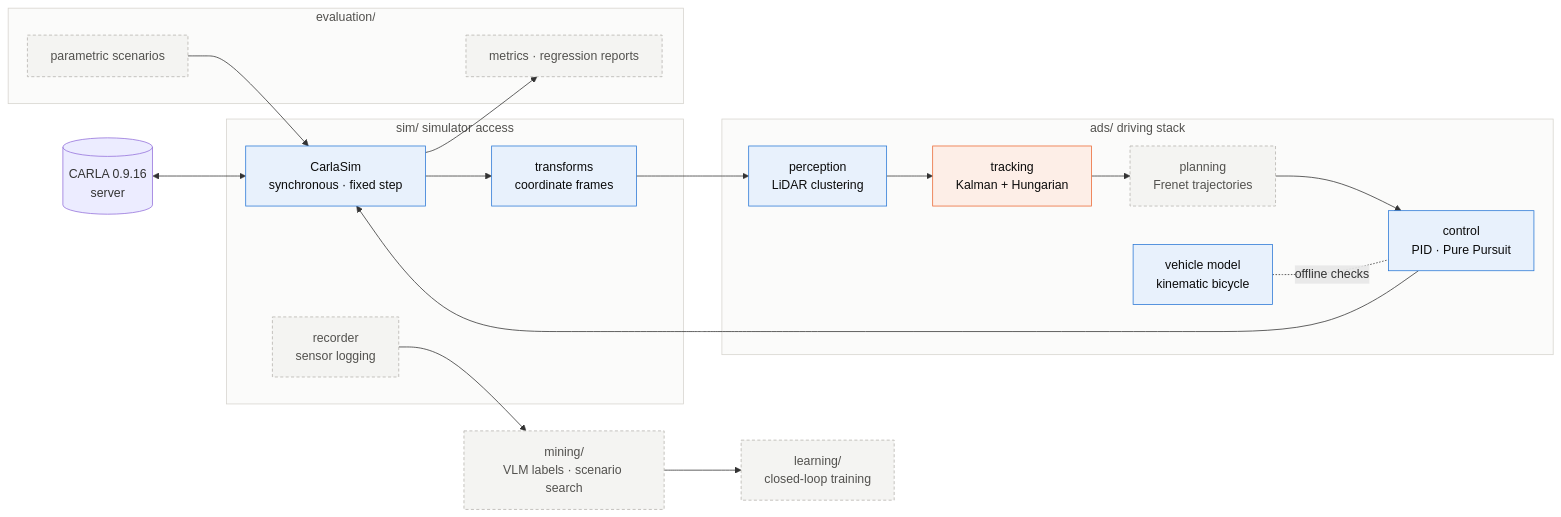
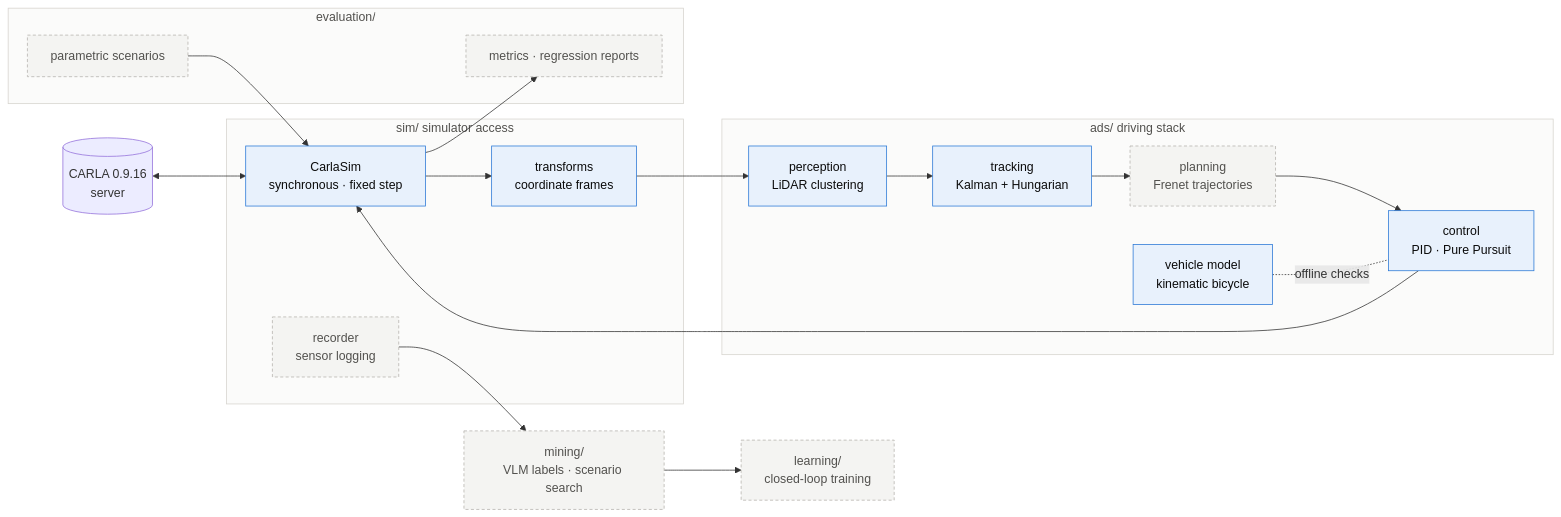
One commit to chasen2041maker/highway-sim-eval changed the diagram in README.md. Above: the diagram before and after it, drawn with Mermaid. The commit also changed other lines of this file and 1 other file, not shown here.

First line of the commit message:
README: tracking evaluation results (finding 8 now scored: max_misses 10 vs 3 -> ID switches 0 / 1, missed 0 / 2, false tracks 11 / 4, speed error 0.33 / 0.44 m/s), at a glance (tracking done in pure Python), experiment log row, roadmap, architecture node, 80 tests

````diff
--- a/README.md
+++ b/README.md
@@ -66,40 +66,39 @@
 ```mermaid
 flowchart LR
     CARLA[("CARLA 0.9.16<br/>server")]
 
     subgraph SIM["sim/ simulator access"]
         C["CarlaSim<br/>synchronous · fixed step"]
         T["transforms<br/>coordinate frames"]
         R["recorder<br/>sensor logging"]
     end
 
     subgraph ADS["ads/ driving stack"]
         P["perception<br/>LiDAR clustering"]
         K["tracking<br/>Kalman + Hungarian"]
         PL["planning<br/>Frenet trajectories"]
         CT["control<br/>PID · Pure Pursuit"]
         V["vehicle model<br/>kinematic bicycle"]
     end
 
     subgraph EVAL["evaluation/"]
         S["parametric scenarios"]
         M["metrics · regression reports"]
     end
 
     CARLA <--> C
     C --> T --> P --> K --> PL --> CT --> C
     V -. offline checks .- CT
     S --> C
     C --> M
     R --> MINE["mining/<br/>VLM labels · scenario search"] --> L["learning/<br/>closed-loop training"]
 
     style SIM fill:#fbfbfa,stroke:#d6d4ce,color:#52514e
     style ADS fill:#fbfbfa,stroke:#d6d4ce,color:#52514e
     style EVAL fill:#fbfbfa,stroke:#d6d4ce,color:#52514e
     classDef done fill:#e8f1fc,stroke:#2a78d6,color:#0b0b0b
     classDef doing fill:#fdeee7,stroke:#eb6834,color:#0b0b0b
     classDef todo fill:#f4f4f2,stroke:#b5b3ad,color:#52514e,stroke-dasharray:4 3
-    class C,T,V,CT,P done
-    class K doing
+    class C,T,V,CT,P,K done
     class R,PL,S,M,MINE,L todo
 ```
````
